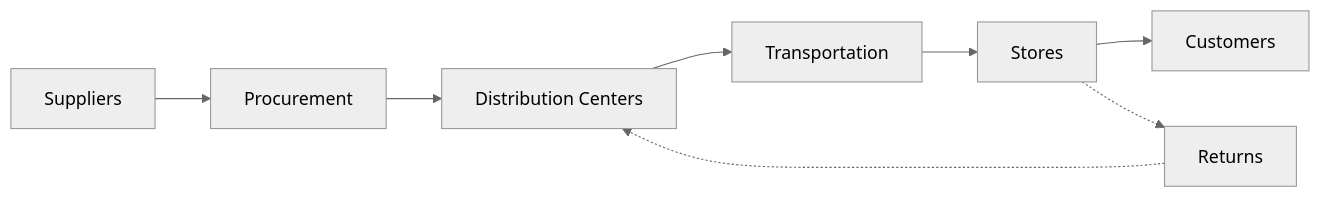
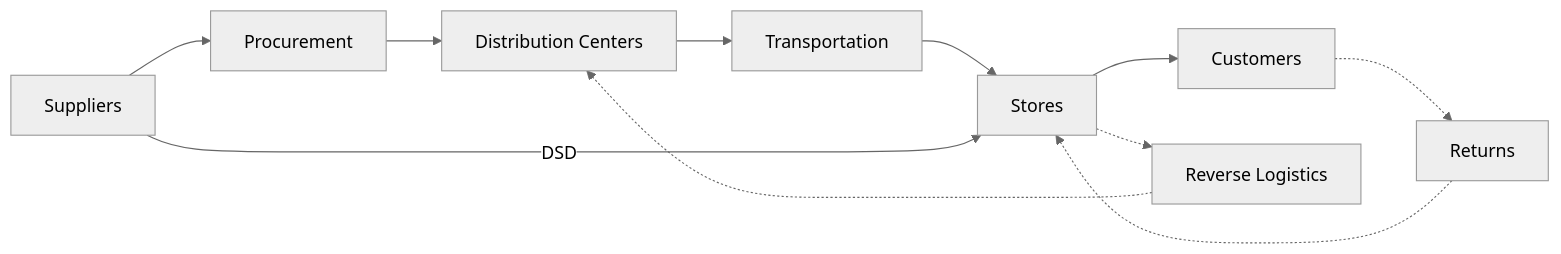
One commit to hopdad/SC-Wiki changed the diagram in docs/supply-chain/overview.md. Above: the diagram before and after it, drawn with Mermaid (neutral theme). The commit also changed other lines of this file and 32 other files, not shown here.

````diff
--- a/docs/supply-chain/overview.md
+++ b/docs/supply-chain/overview.md
@@ -11,10 +11,13 @@
 ```mermaid
 graph LR
     A[Suppliers] --> B[Procurement]
     B --> C[Distribution Centers]
     C --> D[Transportation]
     D --> E[Stores]
     E --> F[Customers]
-    E -.-> G[Returns]
-    G -.-> C
+    F -.-> G[Returns]
+    G -.-> E
+    E -.-> H[Reverse Logistics]
+    H -.-> C
+    A -->|DSD| E
 ```
````
